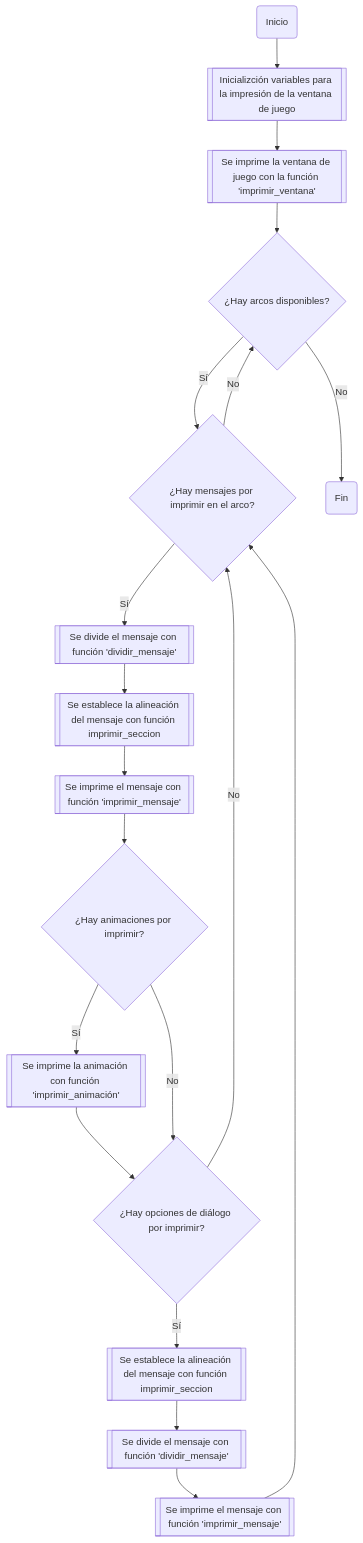
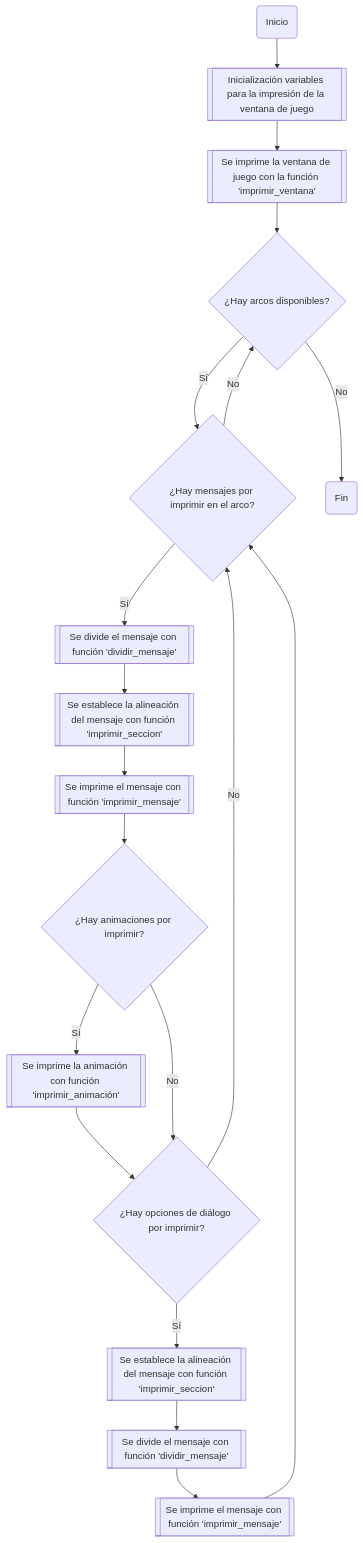
One commit to JuanJoToAl/Juego---Los_vivos_mienten changed the first of 10 diagrams in README.md. Above: the diagram before and after it, drawn with Mermaid. The commit also changed other lines of this file, not shown here.

````diff
--- a/README.md
+++ b/README.md
@@ -18,21 +18,21 @@
 ```mermaid
 flowchart TB
-    A(Inicio) --> B[[Inicializción variables para la impresión de la ventana de juego]]
+    A(Inicio) --> B[[Inicialización variables para la impresión de la ventana de juego]]
     B --> C[["Se imprime la ventana de juego con la función 'imprimir_ventana'"]]
     C --> D{¿Hay arcos disponibles?}
     D-- Sí --> F{¿Hay mensajes por imprimir en el arco?}
         F -- Sí --> G[["Se divide el mensaje con función 'dividir_mensaje'"]]
-            G --> H[[Se establece la alineación del mensaje con función imprimir_seccion]]
+            G --> H[[Se establece la alineación del mensaje con función 'imprimir_seccion']]
             H --> I[["Se imprime el mensaje con función 'imprimir_mensaje'"]]
             I --> J{¿Hay animaciones por imprimir?}
             J -- Sí --> K[["Se imprime la animación con función 'imprimir_animación'"]]
                 K --> L{¿Hay opciones de diálogo por imprimir?}
-                L -- Sí --> M[[Se establece la alineación del mensaje con función imprimir_seccion]]
+                L -- Sí --> M[[Se establece la alineación del mensaje con función 'imprimir_seccion']]
                     M --> N[["Se divide el mensaje con función 'dividir_mensaje'"]]
                     N --> O[["Se imprime el mensaje con función 'imprimir_mensaje'"]]
                     O --> F
                 L -- No --> F
             J -- No --> L
         F -- No --> D
     D -- No --> Z(Fin)
 ```
````
